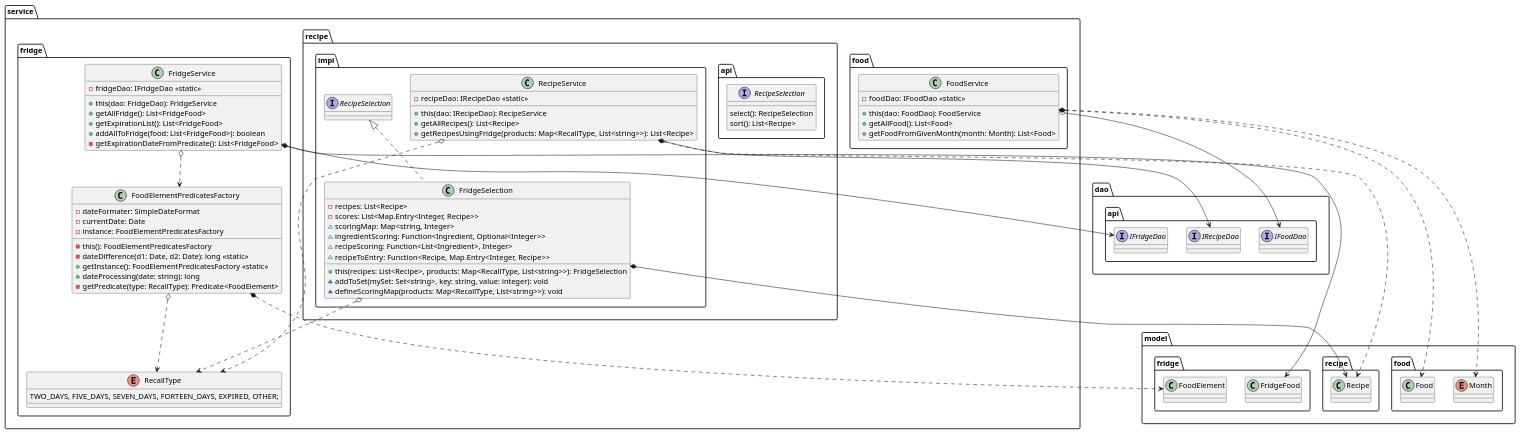
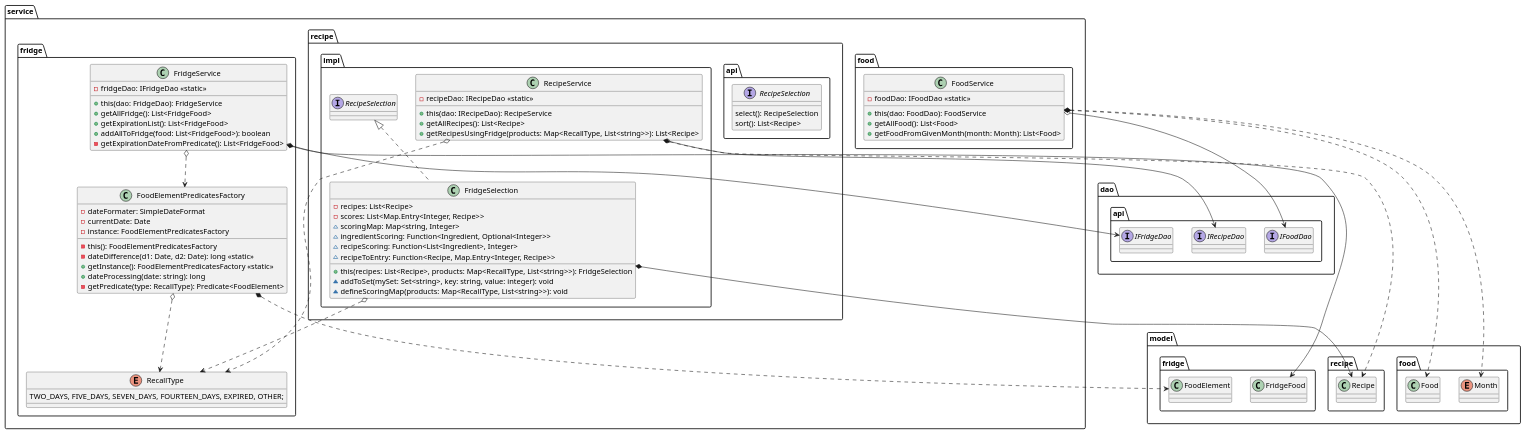
The diagram in docs/diagram/class/service.puml (romainvacheret/wadge-backend), drawn with PlantUML before and after one commit. The commit also changed 4 other files, not shown here.

```diff
--- a/docs/diagram/class/service.puml
+++ b/docs/diagram/class/service.puml
@@ -1,107 +1,107 @@
 @startuml service
 
 package dao.api {
     interface IFoodDao {}
     interface IFridgeDao {}
     interface IRecipeDao {}
 }
 
 package model.food {
     class Food {}
     enum Month {}
 }
 
 package model.fridge {
     class FridgeFood {}
     class FoodElement {}
 }
 
 package model.recipe {
     class Recipe {}
 }
 
 package service {
     package food {
         class FoodService {
             - foodDao: IFoodDao <<static>>
             + this(dao: FoodDao): FoodService
             + getAllFood(): List<Food>
             + getFoodFromGivenMonth(month: Month): List<Food>
         }
     }
 
     package fridge {
         class FridgeService {
             - fridgeDao: IFridgeDao <<static>>
             + this(dao: FridgeDao): FridgeService
             + getAllFridge(): List<FridgeFood>
             + getExpirationList(): List<FridgeFood>
             + addAllToFridge(food: List<FridgeFood>): boolean
             - getExpirationDateFromPredicate(): List<FridgeFood>
         }
 
         class FoodElementPredicatesFactory {
             - dateFormater: SimpleDateFormat
             - currentDate: Date
             - instance: FoodElementPredicatesFactory
             - this(): FoodElementPredicatesFactory
             - dateDifference(d1: Date, d2: Date): long <<static>>
             + getInstance(): FoodElementPredicatesFactory <<static>>
             + dateProcessing(date: string): long
             - getPredicate(type: RecallType): Predicate<FoodElement>
         }
         
         enum RecallType {
-            TWO_DAYS, FIVE_DAYS, SEVEN_DAYS, FORTEEN_DAYS, EXPIRED, OTHER;
+            TWO_DAYS, FIVE_DAYS, SEVEN_DAYS, FOURTEEN_DAYS, EXPIRED, OTHER;
         }
     }
 
     package recipe {
         package api {
             interface RecipeSelection {
                 select(): RecipeSelection
                 sort(): List<Recipe>
             }
         }
         package impl {
             class RecipeService {
                 - recipeDao: IRecipeDao <<static>>
                 + this(dao: IRecipeDao): RecipeService
                 + getAllRecipes(): List<Recipe>
                 + getRecipesUsingFridge(products: Map<RecallType, List<string>>): List<Recipe>
             }
 
             class FridgeSelection implements RecipeSelection {
                 - recipes: List<Recipe>
                 - scores: List<Map.Entry<Integer, Recipe>>
                 ~ scoringMap: Map<string, Integer>
                 ~ ingredientScoring: Function<Ingredient, Optional<Integer>>
                 ~ recipeScoring: Function<List<Ingredient>, Integer>
                 ~ recipeToEntry: Function<Recipe, Map.Entry<Integer, Recipe>>
                 + this(recipes: List<Recipe>, products: Map<RecallType, List<string>>): FridgeSelection
                 ~ addToSet(mySet: Set<string>, key: string, value: integer): void
                 ~ defineScoringMap(products: Map<RecallType, List<string>>): void
             }
         }
     }
 }
 
 FoodService o--> IFoodDao
 FoodService *..> Food
 FoodService *..> Month
 
 FridgeService o--> IFridgeDao
 FridgeService o..> FoodElementPredicatesFactory
 FridgeService *--> FridgeFood
 
 FoodElementPredicatesFactory *..> FoodElement
 FoodElementPredicatesFactory o..> RecallType
 
 RecipeService o--> IRecipeDao
 RecipeService *..> Recipe
 RecipeService o..> RecallType
 
 FridgeSelection *--> Recipe
 FridgeSelection o..> RecallType
 
 @enduml
```
